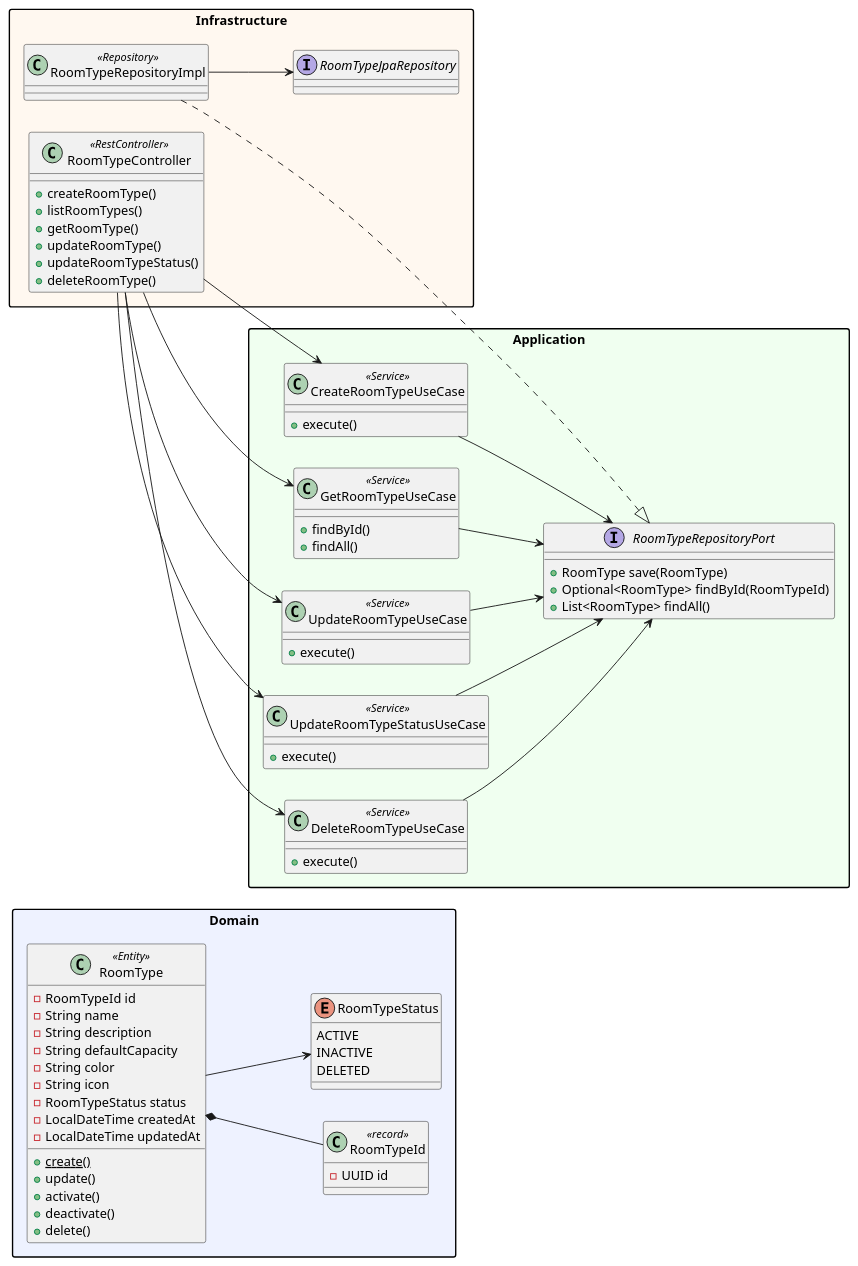
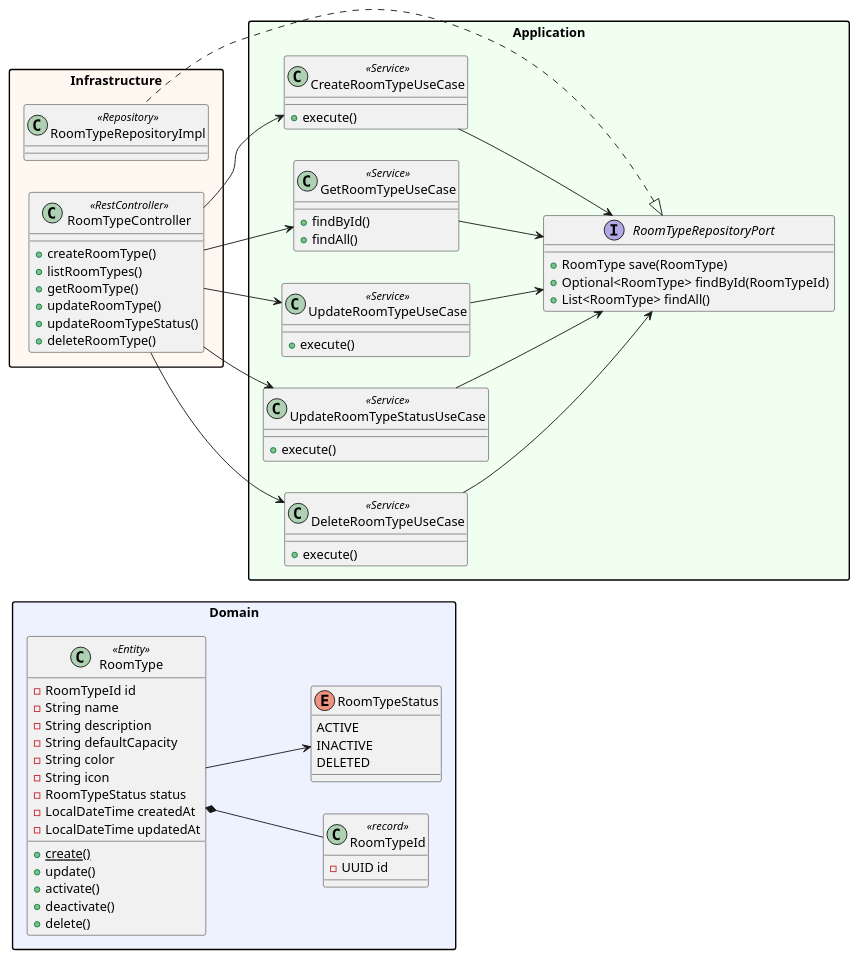
Before and after one commit to Neoguara/rooms-diagrams: the diagram in src/plantuml/classe/simples/room/room_type.puml, drawn with PlantUML. The commit also changed 24 other files, not shown here.

```diff
--- a/src/plantuml/classe/simples/room/room_type.puml
+++ b/src/plantuml/classe/simples/room/room_type.puml
@@ -1,106 +1,102 @@
 @startuml room_room_type
 
 ' Versão simples do recorte de tipo de sala, dentro do módulo room. A versão exaustiva do
 ' módulo inteiro está em classe/room.puml, e é ela que serve de referência de sincronia.
 '
 ' O que esta versão corta: DTOs, mappers, validators, exceções, getters, construtores,
 ' métodos privados, os tipos de fora do módulo, e as dependências de uso, exceto as que
 ' ligam um serviço de domínio ao que ele opera.
 
 left to right direction
 skinparam packageStyle rectangle
 
 package "Domain" #EEF2FF {
 
   class RoomType <<Entity>> {
     - RoomTypeId id
     - String name
     - String description
     - String defaultCapacity
     - String color
     - String icon
     - RoomTypeStatus status
     - LocalDateTime createdAt
     - LocalDateTime updatedAt
     + {static} create()
     + update()
     + activate()
     + deactivate()
     + delete()
   }
 
   class RoomTypeId <<record>> {
     - UUID id
   }
 
   enum RoomTypeStatus {
     ACTIVE
     INACTIVE
     DELETED
   }
 }
 
 package "Application" #F0FFF0 {
 
   interface RoomTypeRepositoryPort {
     + RoomType save(RoomType)
     + Optional<RoomType> findById(RoomTypeId)
     + List<RoomType> findAll()
   }
 
   class CreateRoomTypeUseCase <<Service>> {
     + execute()
   }
   class GetRoomTypeUseCase <<Service>> {
     + findById()
     + findAll()
   }
   class UpdateRoomTypeUseCase <<Service>> {
     + execute()
   }
   class UpdateRoomTypeStatusUseCase <<Service>> {
     + execute()
   }
   class DeleteRoomTypeUseCase <<Service>> {
     + execute()
   }
 }
 
 package "Infrastructure" #FFF8F0 {
 
   class RoomTypeController <<RestController>> {
     + createRoomType()
     + listRoomTypes()
     + getRoomType()
     + updateRoomType()
     + updateRoomTypeStatus()
     + deleteRoomType()
   }
 
   class RoomTypeRepositoryImpl <<Repository>>
-
-  interface RoomTypeJpaRepository
 }
 
 ' ── Implementação ──────────────────────────────────────
 RoomTypeRepositoryPort <|.. RoomTypeRepositoryImpl
 
 ' ── Campos ─────────────────────────────────────────────
 RoomType *-- RoomTypeId
 RoomType --> RoomTypeStatus
 
 RoomTypeController --> CreateRoomTypeUseCase
 RoomTypeController --> GetRoomTypeUseCase
 RoomTypeController --> UpdateRoomTypeUseCase
 RoomTypeController --> UpdateRoomTypeStatusUseCase
 RoomTypeController --> DeleteRoomTypeUseCase
 
 CreateRoomTypeUseCase --> RoomTypeRepositoryPort
 GetRoomTypeUseCase --> RoomTypeRepositoryPort
 UpdateRoomTypeUseCase --> RoomTypeRepositoryPort
 UpdateRoomTypeStatusUseCase --> RoomTypeRepositoryPort
 DeleteRoomTypeUseCase --> RoomTypeRepositoryPort
 
-RoomTypeRepositoryImpl --> RoomTypeJpaRepository
-
 @enduml
```
